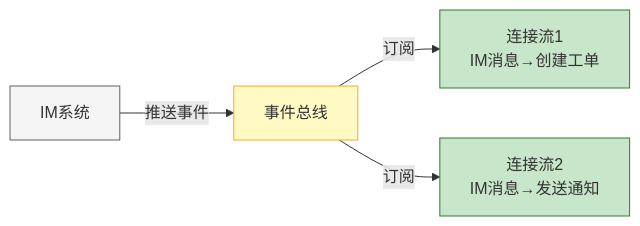
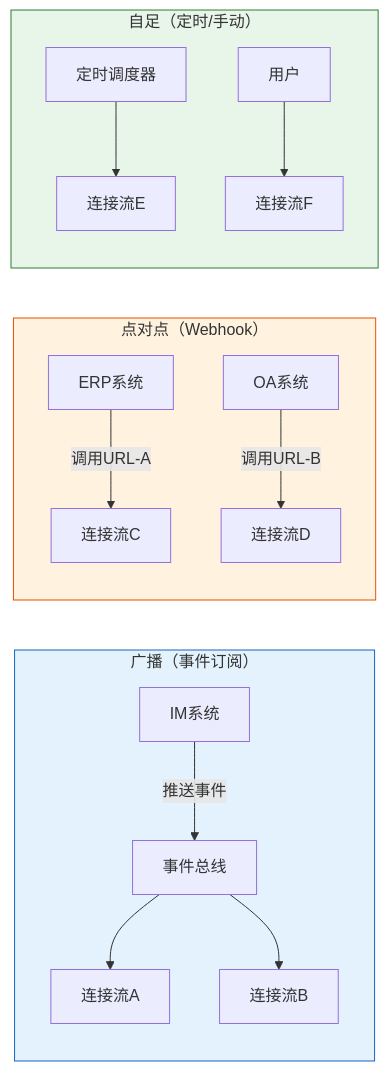
Before and after one commit to THZSummer/open-app: the sixth of 12 diagrams in .sddu/specs-tree-root/specs-tree-connector-platform/discovery-report.md, drawn with Mermaid. The commit also changed other lines of this file, not shown here.

Commit message:
fix: 精简3.4流入口节点类型为对照表+示意图，消除连接器/触发概念混淆

````diff
--- a/.sddu/specs-tree-root/specs-tree-connector-platform/discovery-report.md
+++ b/.sddu/specs-tree-root/specs-tree-connector-platform/discovery-report.md
@@ -318,11 +323,22 @@
 ```mermaid
 flowchart LR
-    IM["IM系统"] -->|推送事件| Bus["事件总线"]
-    Bus -->|订阅| F1["连接流1<br/>IM消息→创建工单"]
-    Bus -->|订阅| F2["连接流2<br/>IM消息→发送通知"]
+    subgraph Bcast["广播（事件订阅）"]
+        IM["IM系统"] -->|推送事件| Bus["事件总线"]
+        Bus --> F1["连接流A"]
+        Bus --> F2["连接流B"]
+    end
 
-    style IM fill:#f5f5f5,stroke:#616161
-    style Bus fill:#fff9c4,stroke:#f9a825
-    style F1 fill:#c8e6c9,stroke:#2e7d32
-    style F2 fill:#c8e6c9,stroke:#2e7d32
+    subgraph P2P["点对点（Webhook）"]
+        ERP["ERP系统"] -->|调用URL-A| Flow1["连接流C"]
+        OA["OA系统"] -->|调用URL-B| Flow2["连接流D"]
+    end
+
+    subgraph Self["自足（定时/手动）"]
+        Cron["定时调度器"] --> Flow3["连接流E"]
+        User["用户"] --> Flow4["连接流F"]
+    end
+
+    style Bcast fill:#e3f2fd,stroke:#1565c0
+    style P2P fill:#fff3e0,stroke:#e65100
+    style Self fill:#e8f5e9,stroke:#2e7d32
 ```
````
